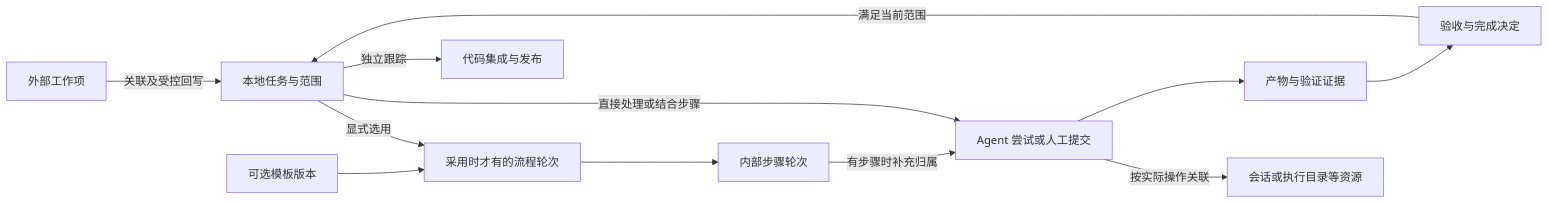
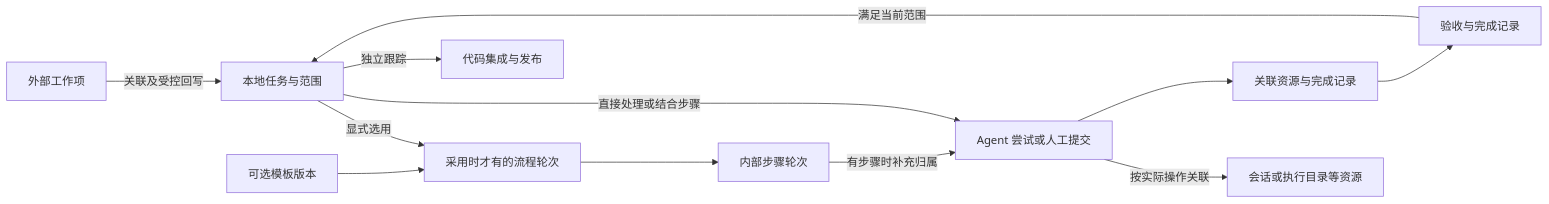
Before and after one commit to Zack-Zz/reed: the diagram in docs/product/domain-model.md, drawn with Mermaid. The commit also changed other lines of this file and 49 other files, not shown here.

````diff
--- a/docs/product/domain-model.md
+++ b/docs/product/domain-model.md
@@ -78,14 +82,14 @@
 ```mermaid
 flowchart LR
     X[外部工作项] -->|关联及受控回写| T[本地任务与范围]
     P[可选模板版本] --> W[采用时才有的流程轮次]
     T -->|显式选用| W
     W --> S[内部步骤轮次]
     T -->|直接处理或结合步骤| E[Agent 尝试或人工提交]
     S -->|有步骤时补充归属| E
     E -->|按实际操作关联| R[会话或执行目录等资源]
-    E --> A[产物与验证证据]
-    A --> D[验收与完成决定]
+    E --> A[关联资源与完成记录]
+    A --> D[验收与完成记录]
     D -->|满足当前范围| T
     T -->|独立跟踪| G[代码集成与发布]
 ```
````
